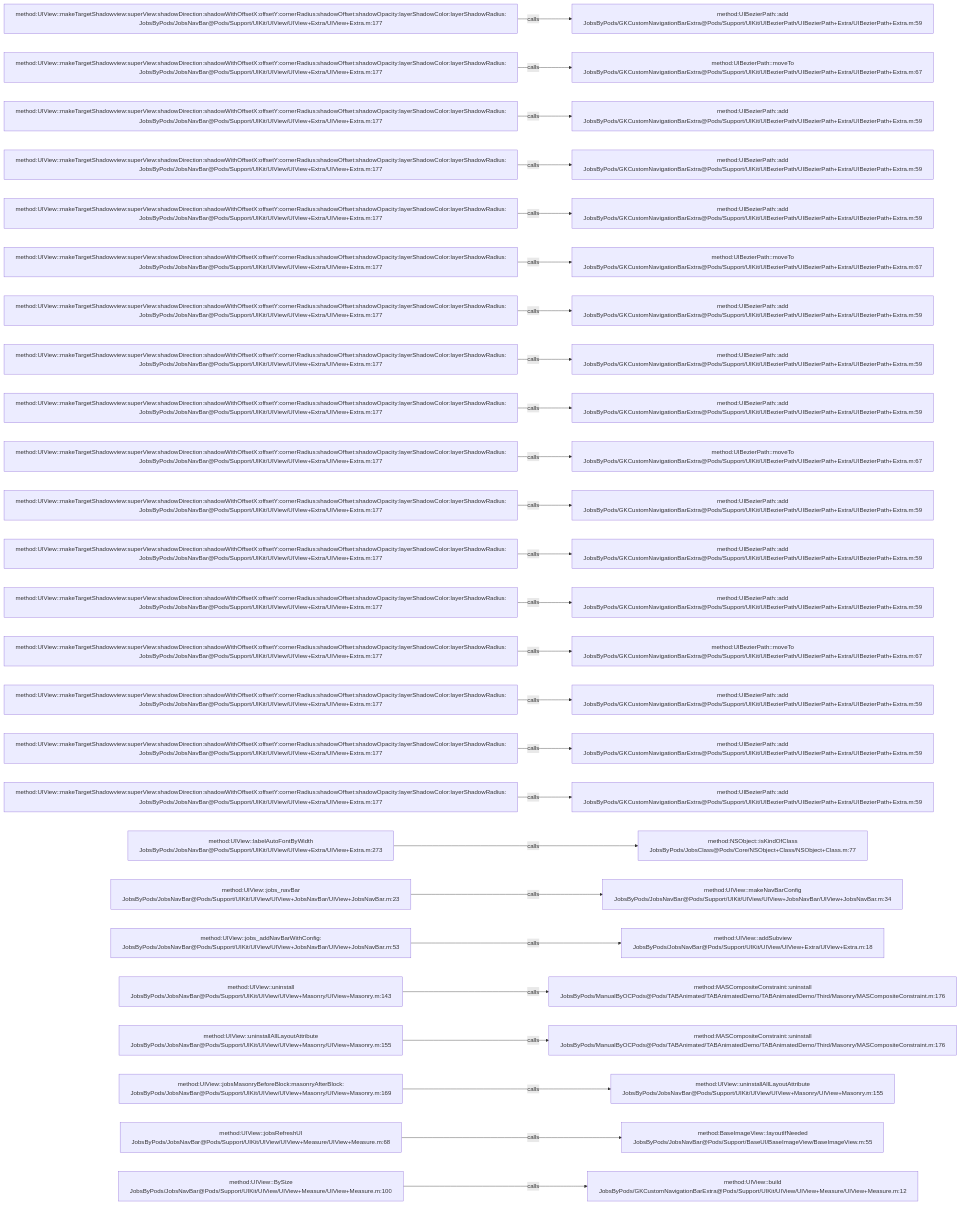
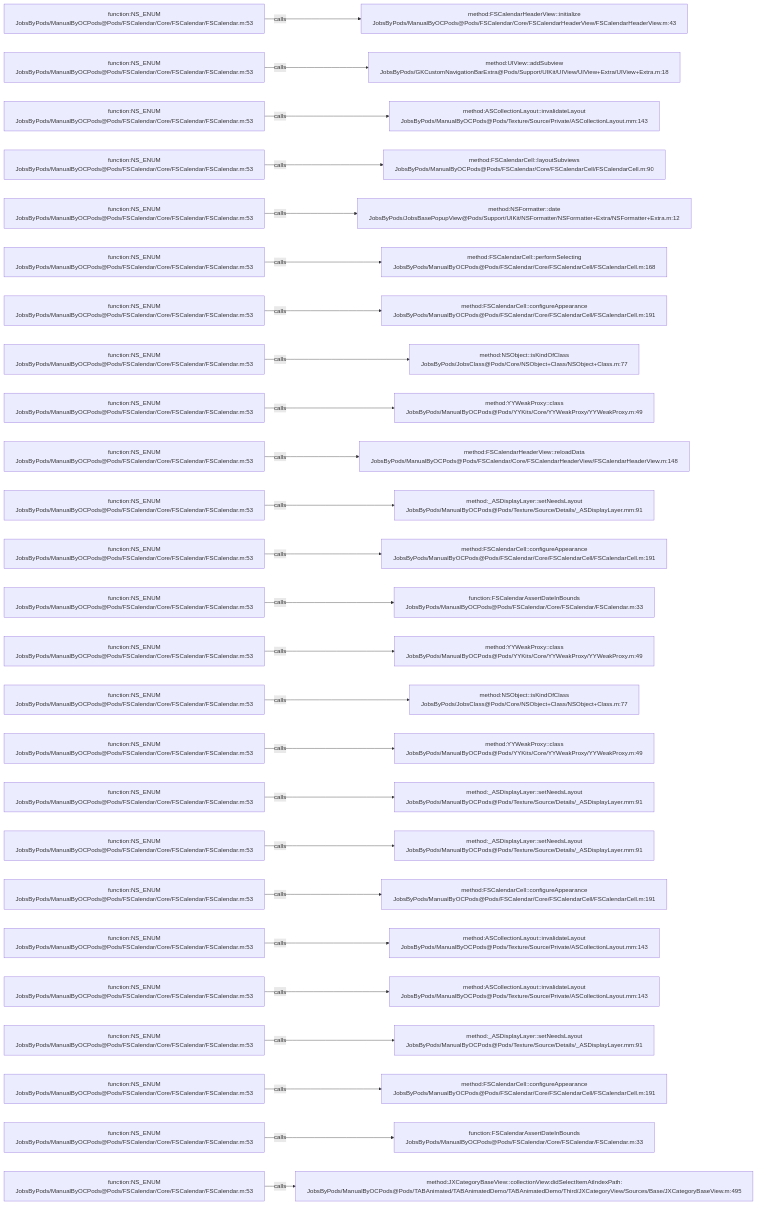
Before and after one commit to JobsKits/JobsOCBaseConfigDemo: the diagram in .codegraph/codegraph.md/graphs/calls-120.md, drawn with Mermaid. The commit also changed 573 other files, not shown here.

````diff
--- a/.codegraph/codegraph.md/graphs/calls-120.md
+++ b/.codegraph/codegraph.md/graphs/calls-120.md
@@ -13,78 +13,78 @@
 ```mermaid
 flowchart LR
-  S1["method:UIView::makeTargetShadowview:superView:shadowDirection:shadowWithOffsetX:offsetY:cornerRadius:shadowOffset:shadowOpacity:layerShadowColor:layerShadowRadius:<br/>JobsByPods/JobsNavBar@Pods/Support/UIKit/UIView/UIView+Extra/UIView+Extra.m:177"]
-  T1["method:UIBezierPath::add<br/>JobsByPods/GKCustomNavigationBarExtra@Pods/Support/UIKit/UIBezierPath/UIBezierPath+Extra/UIBezierPath+Extra.m:59"]
+  S1["function:NS_ENUM<br/>JobsByPods/ManualByOCPods@Pods/FSCalendar/Core/FSCalendar/FSCalendar.m:53"]
+  T1["method:FSCalendarHeaderView::initialize<br/>JobsByPods/ManualByOCPods@Pods/FSCalendar/Core/FSCalendarHeaderView/FSCalendarHeaderView.m:43"]
   S1 -->|calls| T1
-  S2["method:UIView::makeTargetShadowview:superView:shadowDirection:shadowWithOffsetX:offsetY:cornerRadius:shadowOffset:shadowOpacity:layerShadowColor:layerShadowRadius:<br/>JobsByPods/JobsNavBar@Pods/Support/UIKit/UIView/UIView+Extra/UIView+Extra.m:177"]
-  T2["method:UIBezierPath::moveTo<br/>JobsByPods/GKCustomNavigationBarExtra@Pods/Support/UIKit/UIBezierPath/UIBezierPath+Extra/UIBezierPath+Extra.m:67"]
+  S2["function:NS_ENUM<br/>JobsByPods/ManualByOCPods@Pods/FSCalendar/Core/FSCalendar/FSCalendar.m:53"]
+  T2["method:UIView::addSubview<br/>JobsByPods/GKCustomNavigationBarExtra@Pods/Support/UIKit/UIView/UIView+Extra/UIView+Extra.m:18"]
   S2 -->|calls| T2
-  S3["method:UIView::makeTargetShadowview:superView:shadowDirection:shadowWithOffsetX:offsetY:cornerRadius:shadowOffset:shadowOpacity:layerShadowColor:layerShadowRadius:<br/>JobsByPods/JobsNavBar@Pods/Support/UIKit/UIView/UIView+Extra/UIView+Extra.m:177"]
-  T3["method:UIBezierPath::add<br/>JobsByPods/GKCustomNavigationBarExtra@Pods/Support/UIKit/UIBezierPath/UIBezierPath+Extra/UIBezierPath+Extra.m:59"]
+  S3["function:NS_ENUM<br/>JobsByPods/ManualByOCPods@Pods/FSCalendar/Core/FSCalendar/FSCalendar.m:53"]
+  T3["method:ASCollectionLayout::invalidateLayout<br/>JobsByPods/ManualByOCPods@Pods/Texture/Source/Private/ASCollectionLayout.mm:143"]
   S3 -->|calls| T3
-  S4["method:UIView::makeTargetShadowview:superView:shadowDirection:shadowWithOffsetX:offsetY:cornerRadius:shadowOffset:shadowOpacity:layerShadowColor:layerShadowRadius:<br/>JobsByPods/JobsNavBar@Pods/Support/UIKit/UIView/UIView+Extra/UIView+Extra.m:177"]
-  T4["method:UIBezierPath::add<br/>JobsByPods/GKCustomNavigationBarExtra@Pods/Support/UIKit/UIBezierPath/UIBezierPath+Extra/UIBezierPath+Extra.m:59"]
+  S4["function:NS_ENUM<br/>JobsByPods/ManualByOCPods@Pods/FSCalendar/Core/FSCalendar/FSCalendar.m:53"]
+  T4["method:FSCalendarCell::layoutSubviews<br/>JobsByPods/ManualByOCPods@Pods/FSCalendar/Core/FSCalendarCell/FSCalendarCell.m:90"]
   S4 -->|calls| T4
-  S5["method:UIView::makeTargetShadowview:superView:shadowDirection:shadowWithOffsetX:offsetY:cornerRadius:shadowOffset:shadowOpacity:layerShadowColor:layerShadowRadius:<br/>JobsByPods/JobsNavBar@Pods/Support/UIKit/UIView/UIView+Extra/UIView+Extra.m:177"]
-  T5["method:UIBezierPath::add<br/>JobsByPods/GKCustomNavigationBarExtra@Pods/Support/UIKit/UIBezierPath/UIBezierPath+Extra/UIBezierPath+Extra.m:59"]
+  S5["function:NS_ENUM<br/>JobsByPods/ManualByOCPods@Pods/FSCalendar/Core/FSCalendar/FSCalendar.m:53"]
+  T5["method:NSFormatter::date<br/>JobsByPods/JobsBasePopupView@Pods/Support/UIKit/NSFormatter/NSFormatter+Extra/NSFormatter+Extra.m:12"]
   S5 -->|calls| T5
-  S6["method:UIView::makeTargetShadowview:superView:shadowDirection:shadowWithOffsetX:offsetY:cornerRadius:shadowOffset:shadowOpacity:layerShadowColor:layerShadowRadius:<br/>JobsByPods/JobsNavBar@Pods/Support/UIKit/UIView/UIView+Extra/UIView+Extra.m:177"]
-  T6["method:UIBezierPath::moveTo<br/>JobsByPods/GKCustomNavigationBarExtra@Pods/Support/UIKit/UIBezierPath/UIBezierPath+Extra/UIBezierPath+Extra.m:67"]
+  S6["function:NS_ENUM<br/>JobsByPods/ManualByOCPods@Pods/FSCalendar/Core/FSCalendar/FSCalendar.m:53"]
+  T6["method:FSCalendarCell::performSelecting<br/>JobsByPods/ManualByOCPods@Pods/FSCalendar/Core/FSCalendarCell/FSCalendarCell.m:168"]
   S6 -->|calls| T6
-  S7["method:UIView::makeTargetShadowview:superView:shadowDirection:shadowWithOffsetX:offsetY:cornerRadius:shadowOffset:shadowOpacity:layerShadowColor:layerShadowRadius:<br/>JobsByPods/JobsNavBar@Pods/Support/UIKit/UIView/UIView+Extra/UIView+Extra.m:177"]
-  T7["method:UIBezierPath::add<br/>JobsByPods/GKCustomNavigationBarExtra@Pods/Support/UIKit/UIBezierPath/UIBezierPath+Extra/UIBezierPath+Extra.m:59"]
+  S7["function:NS_ENUM<br/>JobsByPods/ManualByOCPods@Pods/FSCalendar/Core/FSCalendar/FSCalendar.m:53"]
+  T7["method:FSCalendarCell::configureAppearance<br/>JobsByPods/ManualByOCPods@Pods/FSCalendar/Core/FSCalendarCell/FSCalendarCell.m:191"]
   S7 -->|calls| T7
-  S8["method:UIView::makeTargetShadowview:superView:shadowDirection:shadowWithOffsetX:offsetY:cornerRadius:shadowOffset:shadowOpacity:layerShadowColor:layerShadowRadius:<br/>JobsByPods/JobsNavBar@Pods/Support/UIKit/UIView/UIView+Extra/UIView+Extra.m:177"]
-  T8["method:UIBezierPath::add<br/>JobsByPods/GKCustomNavigationBarExtra@Pods/Support/UIKit/UIBezierPath/UIBezierPath+Extra/UIBezierPath+Extra.m:59"]
+  S8["function:NS_ENUM<br/>JobsByPods/ManualByOCPods@Pods/FSCalendar/Core/FSCalendar/FSCalendar.m:53"]
+  T8["method:NSObject::isKindOfClass<br/>JobsByPods/JobsClass@Pods/Core/NSObject+Class/NSObject+Class.m:77"]
   S8 -->|calls| T8
-  S9["method:UIView::makeTargetShadowview:superView:shadowDirection:shadowWithOffsetX:offsetY:cornerRadius:shadowOffset:shadowOpacity:layerShadowColor:layerShadowRadius:<br/>JobsByPods/JobsNavBar@Pods/Support/UIKit/UIView/UIView+Extra/UIView+Extra.m:177"]
-  T9["method:UIBezierPath::add<br/>JobsByPods/GKCustomNavigationBarExtra@Pods/Support/UIKit/UIBezierPath/UIBezierPath+Extra/UIBezierPath+Extra.m:59"]
+  S9["function:NS_ENUM<br/>JobsByPods/ManualByOCPods@Pods/FSCalendar/Core/FSCalendar/FSCalendar.m:53"]
+  T9["method:YYWeakProxy::class<br/>JobsByPods/ManualByOCPods@Pods/YYKits/Core/YYWeakProxy/YYWeakProxy.m:49"]
   S9 -->|calls| T9
-  S10["method:UIView::makeTargetShadowview:superView:shadowDirection:shadowWithOffsetX:offsetY:cornerRadius:shadowOffset:shadowOpacity:layerShadowColor:layerShadowRadius:<br/>JobsByPods/JobsNavBar@Pods/Support/UIKit/UIView/UIView+Extra/UIView+Extra.m:177"]
-  T10["method:UIBezierPath::moveTo<br/>JobsByPods/GKCustomNavigationBarExtra@Pods/Support/UIKit/UIBezierPath/UIBezierPath+Extra/UIBezierPath+Extra.m:67"]
+  S10["function:NS_ENUM<br/>JobsByPods/ManualByOCPods@Pods/FSCalendar/Core/FSCalendar/FSCalendar.m:53"]
+  T10["method:FSCalendarHeaderView::reloadData<br/>JobsByPods/ManualByOCPods@Pods/FSCalendar/Core/FSCalendarHeaderView/FSCalendarHeaderView.m:148"]
   S10 -->|calls| T10
-  S11["method:UIView::makeTargetShadowview:superView:shadowDirection:shadowWithOffsetX:offsetY:cornerRadius:shadowOffset:shadowOpacity:layerShadowColor:layerShadowRadius:<br/>JobsByPods/JobsNavBar@Pods/Support/UIKit/UIView/UIView+Extra/UIView+Extra.m:177"]
-  T11["method:UIBezierPath::add<br/>JobsByPods/GKCustomNavigationBarExtra@Pods/Support/UIKit/UIBezierPath/UIBezierPath+Extra/UIBezierPath+Extra.m:59"]
+  S11["function:NS_ENUM<br/>JobsByPods/ManualByOCPods@Pods/FSCalendar/Core/FSCalendar/FSCalendar.m:53"]
+  T11["method:_ASDisplayLayer::setNeedsLayout<br/>JobsByPods/ManualByOCPods@Pods/Texture/Source/Details/_ASDisplayLayer.mm:91"]
   S11 -->|calls| T11
-  S12["method:UIView::makeTargetShadowview:superView:shadowDirection:shadowWithOffsetX:offsetY:cornerRadius:shadowOffset:shadowOpacity:layerShadowColor:layerShadowRadius:<br/>JobsByPods/JobsNavBar@Pods/Support/UIKit/UIView/UIView+Extra/UIView+Extra.m:177"]
-  T12["method:UIBezierPath::add<br/>JobsByPods/GKCustomNavigationBarExtra@Pods/Support/UIKit/UIBezierPath/UIBezierPath+Extra/UIBezierPath+Extra.m:59"]
+  S12["function:NS_ENUM<br/>JobsByPods/ManualByOCPods@Pods/FSCalendar/Core/FSCalendar/FSCalendar.m:53"]
+  T12["method:FSCalendarCell::configureAppearance<br/>JobsByPods/ManualByOCPods@Pods/FSCalendar/Core/FSCalendarCell/FSCalendarCell.m:191"]
   S12 -->|calls| T12
-  S13["method:UIView::makeTargetShadowview:superView:shadowDirection:shadowWithOffsetX:offsetY:cornerRadius:shadowOffset:shadowOpacity:layerShadowColor:layerShadowRadius:<br/>JobsByPods/JobsNavBar@Pods/Support/UIKit/UIView/UIView+Extra/UIView+Extra.m:177"]
-  T13["method:UIBezierPath::add<br/>JobsByPods/GKCustomNavigationBarExtra@Pods/Support/UIKit/UIBezierPath/UIBezierPath+Extra/UIBezierPath+Extra.m:59"]
+  S13["function:NS_ENUM<br/>JobsByPods/ManualByOCPods@Pods/FSCalendar/Core/FSCalendar/FSCalendar.m:53"]
+  T13["function:FSCalendarAssertDateInBounds<br/>JobsByPods/ManualByOCPods@Pods/FSCalendar/Core/FSCalendar/FSCalendar.m:33"]
   S13 -->|calls| T13
-  S14["method:UIView::makeTargetShadowview:superView:shadowDirection:shadowWithOffsetX:offsetY:cornerRadius:shadowOffset:shadowOpacity:layerShadowColor:layerShadowRadius:<br/>JobsByPods/JobsNavBar@Pods/Support/UIKit/UIView/UIView+Extra/UIView+Extra.m:177"]
-  T14["method:UIBezierPath::moveTo<br/>JobsByPods/GKCustomNavigationBarExtra@Pods/Support/UIKit/UIBezierPath/UIBezierPath+Extra/UIBezierPath+Extra.m:67"]
+  S14["function:NS_ENUM<br/>JobsByPods/ManualByOCPods@Pods/FSCalendar/Core/FSCalendar/FSCalendar.m:53"]
+  T14["method:YYWeakProxy::class<br/>JobsByPods/ManualByOCPods@Pods/YYKits/Core/YYWeakProxy/YYWeakProxy.m:49"]
   S14 -->|calls| T14
-  S15["method:UIView::makeTargetShadowview:superView:shadowDirection:shadowWithOffsetX:offsetY:cornerRadius:shadowOffset:shadowOpacity:layerShadowColor:layerShadowRadius:<br/>JobsByPods/JobsNavBar@Pods/Support/UIKit/UIView/UIView+Extra/UIView+Extra.m:177"]
-  T15["method:UIBezierPath::add<br/>JobsByPods/GKCustomNavigationBarExtra@Pods/Support/UIKit/UIBezierPath/UIBezierPath+Extra/UIBezierPath+Extra.m:59"]
+  S15["function:NS_ENUM<br/>JobsByPods/ManualByOCPods@Pods/FSCalendar/Core/FSCalendar/FSCalendar.m:53"]
+  T15["method:NSObject::isKindOfClass<br/>JobsByPods/JobsClass@Pods/Core/NSObject+Class/NSObject+Class.m:77"]
   S15 -->|calls| T15
-  S16["method:UIView::makeTargetShadowview:superView:shadowDirection:shadowWithOffsetX:offsetY:cornerRadius:shadowOffset:shadowOpacity:layerShadowColor:layerShadowRadius:<br/>JobsByPods/JobsNavBar@Pods/Support/UIKit/UIView/UIView+Extra/UIView+Extra.m:177"]
-  T16["method:UIBezierPath::add<br/>JobsByPods/GKCustomNavigationBarExtra@Pods/Support/UIKit/UIBezierPath/UIBezierPath+Extra/UIBezierPath+Extra.m:59"]
+  S16["function:NS_ENUM<br/>JobsByPods/ManualByOCPods@Pods/FSCalendar/Core/FSCalendar/FSCalendar.m:53"]
+  T16["method:YYWeakProxy::class<br/>JobsByPods/ManualByOCPods@Pods/YYKits/Core/YYWeakProxy/YYWeakProxy.m:49"]
   S16 -->|calls| T16
-  S17["method:UIView::makeTargetShadowview:superView:shadowDirection:shadowWithOffsetX:offsetY:cornerRadius:shadowOffset:shadowOpacity:layerShadowColor:layerShadowRadius:<br/>JobsByPods/JobsNavBar@Pods/Support/UIKit/UIView/UIView+Extra/UIView+Extra.m:177"]
-  T17["method:UIBezierPath::add<br/>JobsByPods/GKCustomNavigationBarExtra@Pods/Support/UIKit/UIBezierPath/UIBezierPath+Extra/UIBezierPath+Extra.m:59"]
+  S17["function:NS_ENUM<br/>JobsByPods/ManualByOCPods@Pods/FSCalendar/Core/FSCalendar/FSCalendar.m:53"]
+  T17["method:_ASDisplayLayer::setNeedsLayout<br/>JobsByPods/ManualByOCPods@Pods/Texture/Source/Details/_ASDisplayLayer.mm:91"]
   S17 -->|calls| T17
-  S18["method:UIView::labelAutoFontByWidth<br/>JobsByPods/JobsNavBar@Pods/Support/UIKit/UIView/UIView+Extra/UIView+Extra.m:273"]
-  T18["method:NSObject::isKindOfClass<br/>JobsByPods/JobsClass@Pods/Core/NSObject+Class/NSObject+Class.m:77"]
+  S18["function:NS_ENUM<br/>JobsByPods/ManualByOCPods@Pods/FSCalendar/Core/FSCalendar/FSCalendar.m:53"]
+  T18["method:_ASDisplayLayer::setNeedsLayout<br/>JobsByPods/ManualByOCPods@Pods/Texture/Source/Details/_ASDisplayLayer.mm:91"]
   S18 -->|calls| T18
-  S19["method:UIView::jobs_navBar<br/>JobsByPods/JobsNavBar@Pods/Support/UIKit/UIView/UIView+JobsNavBar/UIView+JobsNavBar.m:23"]
-  T19["method:UIView::makeNavBarConfig<br/>JobsByPods/JobsNavBar@Pods/Support/UIKit/UIView/UIView+JobsNavBar/UIView+JobsNavBar.m:34"]
+  S19["function:NS_ENUM<br/>JobsByPods/ManualByOCPods@Pods/FSCalendar/Core/FSCalendar/FSCalendar.m:53"]
+  T19["method:FSCalendarCell::configureAppearance<br/>JobsByPods/ManualByOCPods@Pods/FSCalendar/Core/FSCalendarCell/FSCalendarCell.m:191"]
   S19 -->|calls| T19
-  S20["method:UIView::jobs_addNavBarWithConfig:<br/>JobsByPods/JobsNavBar@Pods/Support/UIKit/UIView/UIView+JobsNavBar/UIView+JobsNavBar.m:53"]
-  T20["method:UIView::addSubview<br/>JobsByPods/JobsNavBar@Pods/Support/UIKit/UIView/UIView+Extra/UIView+Extra.m:18"]
+  S20["function:NS_ENUM<br/>JobsByPods/ManualByOCPods@Pods/FSCalendar/Core/FSCalendar/FSCalendar.m:53"]
+  T20["method:ASCollectionLayout::invalidateLayout<br/>JobsByPods/ManualByOCPods@Pods/Texture/Source/Private/ASCollectionLayout.mm:143"]
   S20 -->|calls| T20
-  S21["method:UIView::uninstall<br/>JobsByPods/JobsNavBar@Pods/Support/UIKit/UIView/UIView+Masonry/UIView+Masonry.m:143"]
-  T21["method:MASCompositeConstraint::uninstall<br/>JobsByPods/ManualByOCPods@Pods/TABAnimated/TABAnimatedDemo/TABAnimatedDemo/Third/Masonry/MASCompositeConstraint.m:176"]
+  S21["function:NS_ENUM<br/>JobsByPods/ManualByOCPods@Pods/FSCalendar/Core/FSCalendar/FSCalendar.m:53"]
+  T21["method:ASCollectionLayout::invalidateLayout<br/>JobsByPods/ManualByOCPods@Pods/Texture/Source/Private/ASCollectionLayout.mm:143"]
   S21 -->|calls| T21
-  S22["method:UIView::uninstallAllLayoutAttribute<br/>JobsByPods/JobsNavBar@Pods/Support/UIKit/UIView/UIView+Masonry/UIView+Masonry.m:155"]
-  T22["method:MASCompositeConstraint::uninstall<br/>JobsByPods/ManualByOCPods@Pods/TABAnimated/TABAnimatedDemo/TABAnimatedDemo/Third/Masonry/MASCompositeConstraint.m:176"]
+  S22["function:NS_ENUM<br/>JobsByPods/ManualByOCPods@Pods/FSCalendar/Core/FSCalendar/FSCalendar.m:53"]
+  T22["method:_ASDisplayLayer::setNeedsLayout<br/>JobsByPods/ManualByOCPods@Pods/Texture/Source/Details/_ASDisplayLayer.mm:91"]
   S22 -->|calls| T22
-  S23["method:UIView::jobsMasonryBeforeBlock:masonryAfterBlock:<br/>JobsByPods/JobsNavBar@Pods/Support/UIKit/UIView/UIView+Masonry/UIView+Masonry.m:169"]
-  T23["method:UIView::uninstallAllLayoutAttribute<br/>JobsByPods/JobsNavBar@Pods/Support/UIKit/UIView/UIView+Masonry/UIView+Masonry.m:155"]
+  S23["function:NS_ENUM<br/>JobsByPods/ManualByOCPods@Pods/FSCalendar/Core/FSCalendar/FSCalendar.m:53"]
+  T23["method:FSCalendarCell::configureAppearance<br/>JobsByPods/ManualByOCPods@Pods/FSCalendar/Core/FSCalendarCell/FSCalendarCell.m:191"]
   S23 -->|calls| T23
-  S24["method:UIView::jobsRefreshUI<br/>JobsByPods/JobsNavBar@Pods/Support/UIKit/UIView/UIView+Measure/UIView+Measure.m:68"]
-  T24["method:BaseImageView::layoutIfNeeded<br/>JobsByPods/JobsNavBar@Pods/Support/BaseUI/BaseImageView/BaseImageView.m:55"]
+  S24["function:NS_ENUM<br/>JobsByPods/ManualByOCPods@Pods/FSCalendar/Core/FSCalendar/FSCalendar.m:53"]
+  T24["function:FSCalendarAssertDateInBounds<br/>JobsByPods/ManualByOCPods@Pods/FSCalendar/Core/FSCalendar/FSCalendar.m:33"]
   S24 -->|calls| T24
-  S25["method:UIView::BySize<br/>JobsByPods/JobsNavBar@Pods/Support/UIKit/UIView/UIView+Measure/UIView+Measure.m:100"]
-  T25["method:UIView::build<br/>JobsByPods/GKCustomNavigationBarExtra@Pods/Support/UIKit/UIView/UIView+Measure/UIView+Measure.m:12"]
+  S25["function:NS_ENUM<br/>JobsByPods/ManualByOCPods@Pods/FSCalendar/Core/FSCalendar/FSCalendar.m:53"]
+  T25["method:JXCategoryBaseView::collectionView:didSelectItemAtIndexPath:<br/>JobsByPods/ManualByOCPods@Pods/TABAnimated/TABAnimatedDemo/TABAnimatedDemo/Third/JXCategoryView/Sources/Base/JXCategoryBaseView.m:495"]
   S25 -->|calls| T25
 ```
````
